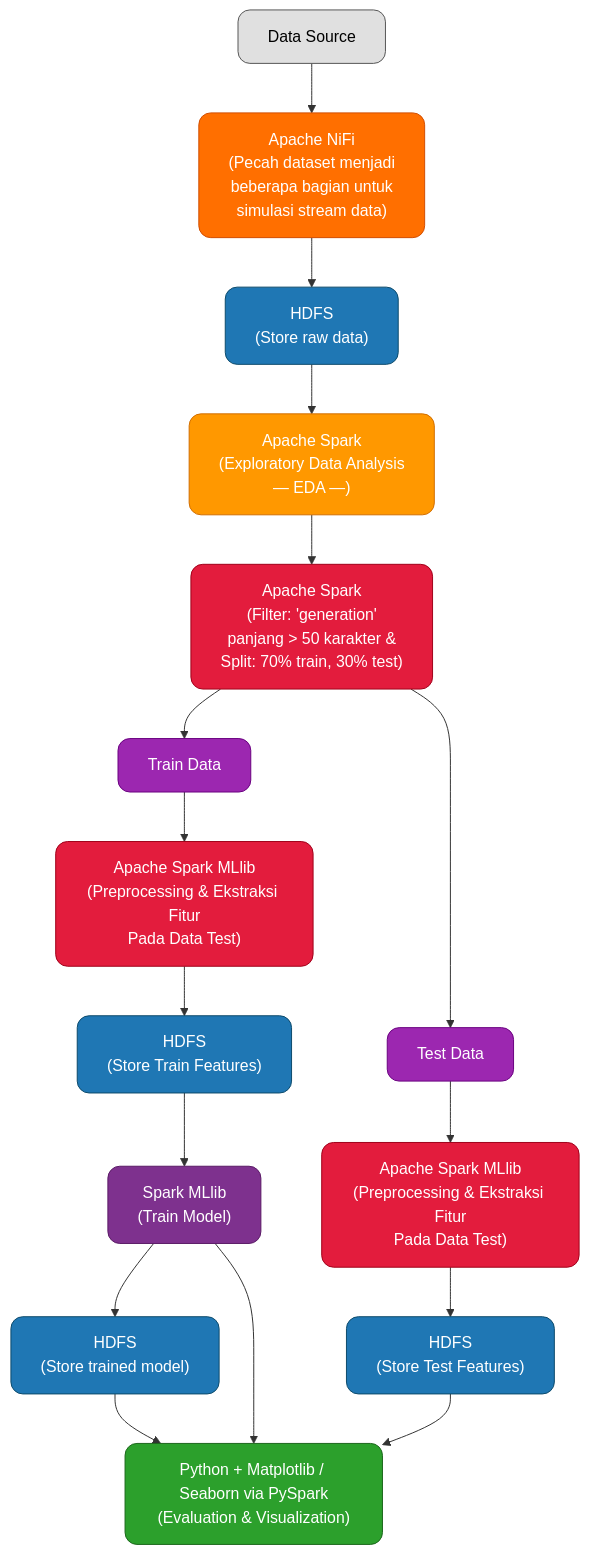
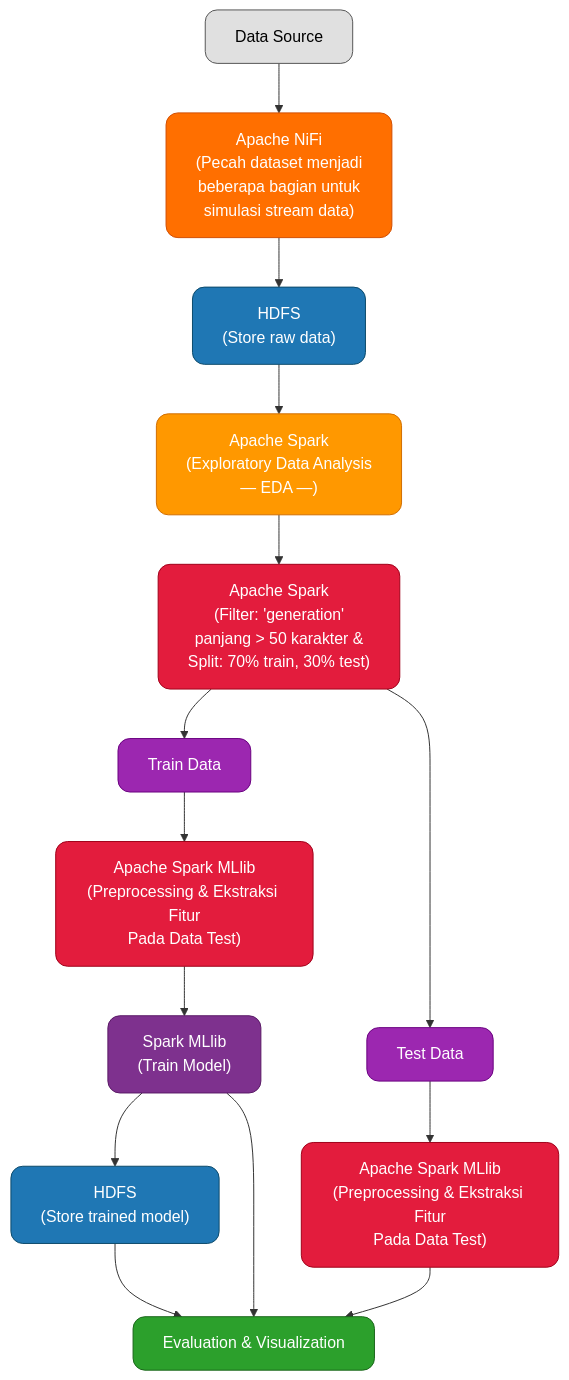
Before and after one commit to rafyakbar/big-data-stack: the diagram in README.md, drawn with Mermaid. The commit also changed 1 other file, not shown here.

````diff
--- a/README.md
+++ b/README.md
@@ -1,45 +1,43 @@
 ```mermaid
 flowchart TD
     %% Definisi gaya warna berdasarkan komponen
     classDef source fill:#e0e0e0,stroke:#555,color:#000,rx:12,ry:12;
     classDef nifi fill:#ff6f00,stroke:#d14d00,color:#fff,rx:12,ry:12;
     classDef hdfs fill:#1f77b4,stroke:#0d4a6b,color:#fff,rx:12,ry:12;
     classDef spark fill:#e31c3d,stroke:#a0001a,color:#fff,rx:12,ry:12;
     classDef mllib fill:#7e318e,stroke:#5a1a66,color:#fff,rx:12,ry:12;
     classDef viz fill:#2ca02c,stroke:#1b661b,color:#fff,rx:12,ry:12;
     classDef eda fill:#ff9800,stroke:#d16e00,color:#fff,rx:12,ry:12;
     classDef intermediate fill:#9c27b0,stroke:#6a0080,color:#fff,rx:12,ry:12;
 
     A[Data Source] --> B["Apache NiFi<br>(Pecah dataset menjadi<br>beberapa bagian untuk<br>simulasi stream data)"]
     B --> C["HDFS<br>(Store raw data)"]
     C --> D["Apache Spark<br>(Exploratory Data Analysis<br>— EDA —)"]
     D --> E["Apache Spark<br>(Filter: 'generation'<br>panjang > 50 karakter &<br>Split: 70% train, 30% test)"]
 
     %% Cabang Train
     E --> H1["Train Data"]
     H1 --> I1["Apache Spark MLlib<br>(Preprocessing & Ekstraksi Fitur<br>Pada Data Test)"]
-    I1 --> J1["HDFS<br>(Store Train Features)"]
-    J1 --> K["Spark MLlib<br>(Train Model)"]
+    I1 --> K["Spark MLlib<br>(Train Model)"]
     K --> L["HDFS<br>(Store trained model)"]
 
     %% Cabang Test
     E --> H2["Test Data"]
     H2 --> I2["Apache Spark MLlib<br>(Preprocessing & Ekstraksi Fitur<br>Pada Data Test)"]
-    I2 --> J2["HDFS<br>(Store Test Features)"]
 
     %% Gabung untuk evaluasi
     K --> M
-    J2 --> M
+    I2 --> M
     L --> M
-    M["Python + Matplotlib / Seaborn via PySpark<br>(Evaluation & Visualization)"]
+    M["Evaluation & Visualization"]
 
     %% Terapkan kelas warna
     class A source;
     class B nifi;
     class C,J1,J2,L hdfs;
     class D,E,I1,I2 spark;
     class K mllib;
     class M viz;
     class D eda;
     class H1,H2 intermediate;
 ```
````
